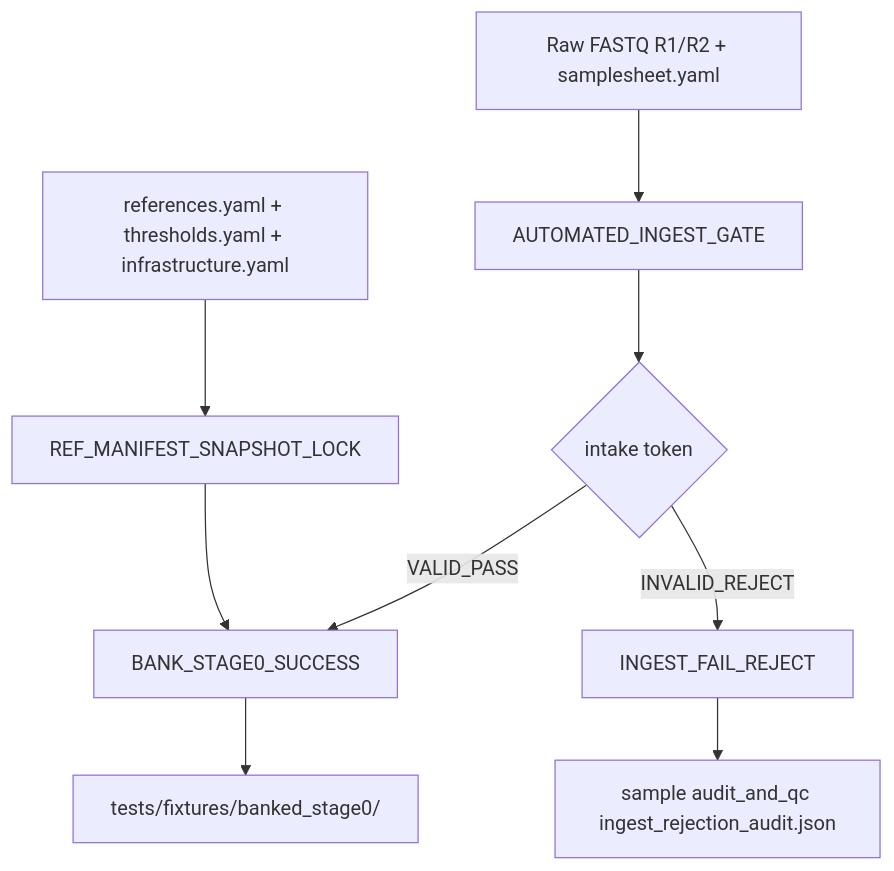
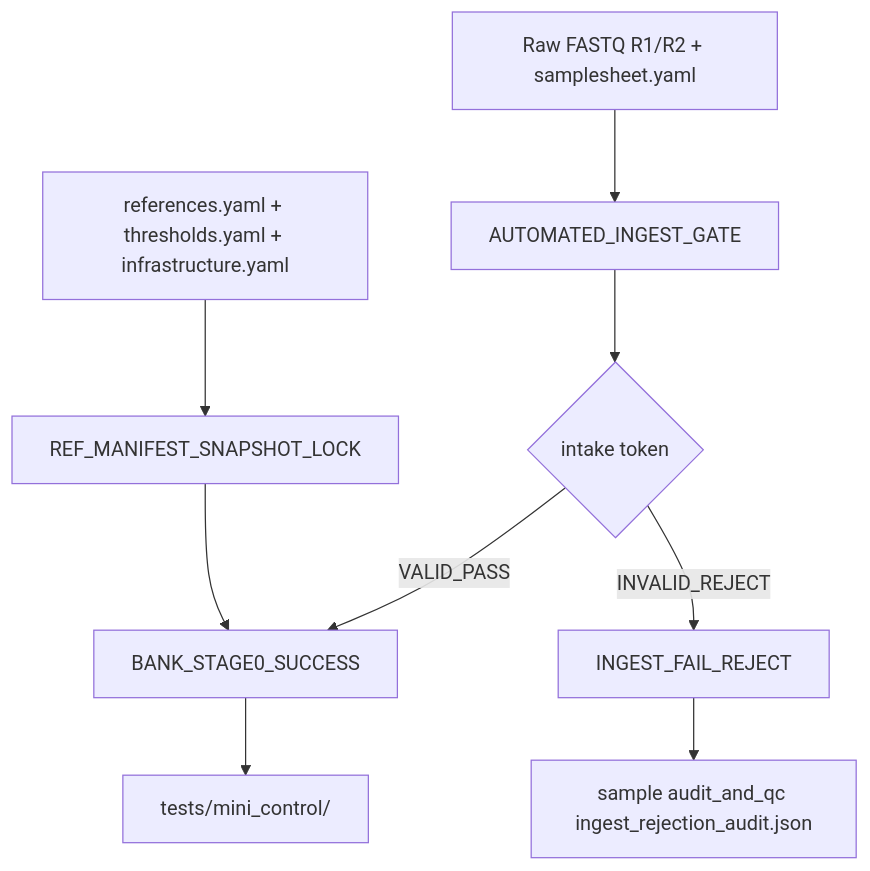
The diagram in Stage_0_Preflight_Ingest_Gate/README.md (jmorganknight/nf_Gen_Var_Pipe), drawn with Mermaid before and after one commit. The commit also changed other lines of this file and 148 other files, not shown here.

````diff
--- a/Stage_0_Preflight_Ingest_Gate/README.md
+++ b/Stage_0_Preflight_Ingest_Gate/README.md
@@ -7,11 +7,11 @@
 ```mermaid
 flowchart TD
     A["Raw FASTQ R1/R2 + samplesheet.yaml"] --> B["AUTOMATED_INGEST_GATE"]
     C["references.yaml + thresholds.yaml + infrastructure.yaml"] --> D["REF_MANIFEST_SNAPSHOT_LOCK"]
     B --> E{"intake token"}
     E -->|VALID_PASS| F["BANK_STAGE0_SUCCESS"]
     E -->|INVALID_REJECT| G["INGEST_FAIL_REJECT"]
     D --> F
-    F --> H["tests/fixtures/banked_stage0/"]
+    F --> H["tests/mini_control/"]
     G --> I["sample audit_and_qc ingest_rejection_audit.json"]
 ```
````
